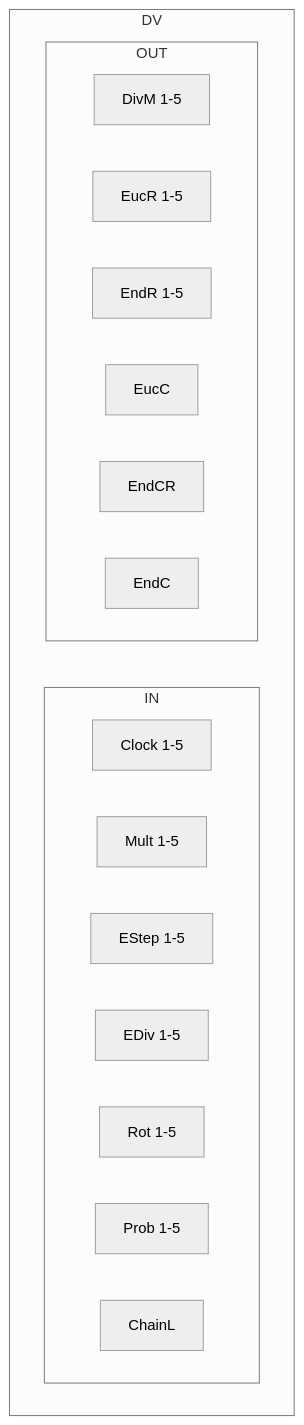
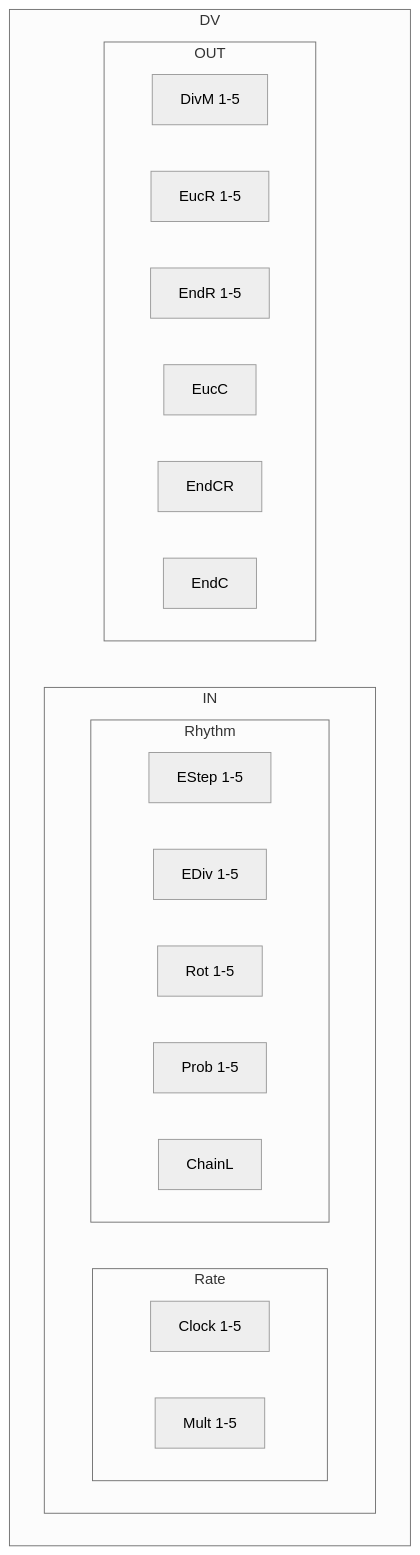
The fourth of 30 diagrams in README.md (acumartini/dectet-public), drawn with Mermaid (neutral theme) before and after one commit. The commit also changed other lines of this file, not shown here.

Commit message:
WIP: test markdown links in mermaid

````diff
--- a/README.md
+++ b/README.md
@@ -602,24 +617,30 @@
 ```mermaid
 flowchart TD
   subgraph DV
     subgraph DV_IN[IN]
       direction LR
-        DV_IN_Clock[Clock 1-5]
-        DV_IN_Mult[Mult 1-5]
-        DV_IN_EStep[EStep 1-5]
-        DV_IN_EDiv[EDiv 1-5]
-        DV_IN_Rot[Rot 1-5]
-        DV_IN_Prob[Prob 1-5]
-        DV_IN_ChainL[ChainL]
+        subgraph CQ_IN_Rate[Rate]
+          direction LR
+            DV_IN_Clock[Clock 1-5]
+            DV_IN_Mult[Mult 1-5]
+        end
+        subgraph CQ_IN_Rhythm[Rhythm]
+          direction LR
+            DV_IN_EStep[EStep 1-5]
+            DV_IN_EDiv[EDiv 1-5]
+            DV_IN_Rot[Rot 1-5]
+            DV_IN_Prob[Prob 1-5]
+            DV_IN_ChainL[ChainL]
+        end
     end
     subgraph DV_OUT[OUT]
       direction LR
         DV_OUT_DivM[DivM 1-5]
         DV_OUT_EucR[EucR 1-5]
         DV_OUT_EndR[EndR 1-5]
         DV_OUT_EucC[EucC]
         DV_OUT_EndCR[EndCR]
         DV_OUT_EndC[EndC]
     end
   end
 ```
````
